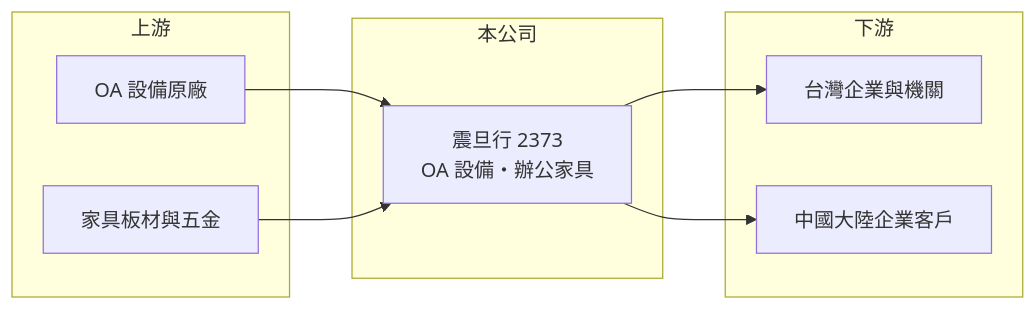
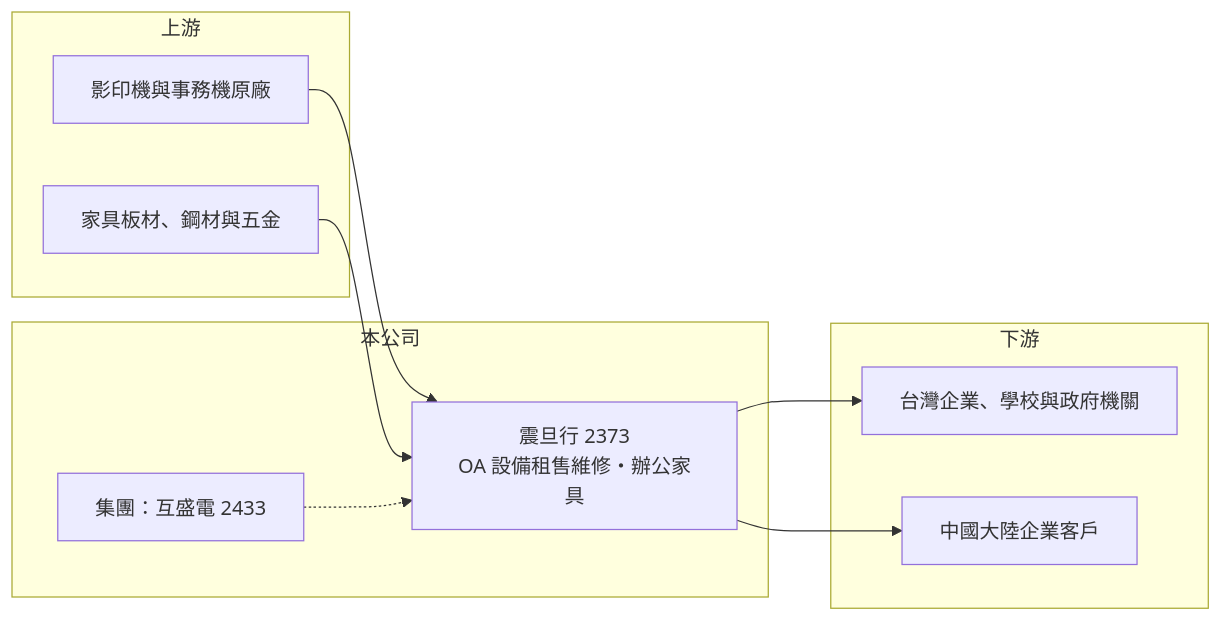
One commit to wangnick1004/taiwan-stock-vault changed the second of 2 diagrams in 個股/台股/2373震旦行.md. Above: the diagram before and after it, drawn with Mermaid. The commit also changed other lines of this file and 10 other files, not shown here.

````diff
--- a/個股/台股/2373震旦行.md
+++ b/個股/台股/2373震旦行.md
@@ -95,18 +109,20 @@
 ```mermaid
 flowchart LR
     subgraph 上游
-        A1["OA 設備原廠"]
-        A2["家具板材與五金"]
+        A1[影印機與事務機原廠]
+        A2[家具板材、鋼材與五金]
     end
     subgraph 本公司
-        B["震旦行 2373<br/>OA 設備・辦公家具"]
+        B[震旦行 2373<br/>OA 設備租售維修・辦公家具]
+        B2[集團：互盛電 2433]
     end
     subgraph 下游
-        C1["台灣企業與機關"]
-        C2["中國大陸企業客戶"]
+        C1[台灣企業、學校與政府機關]
+        C2[中國大陸企業客戶]
     end
     A1 --> B
     A2 --> B
+    B2 -.-> B
     B --> C1
     B --> C2
 ```
````
